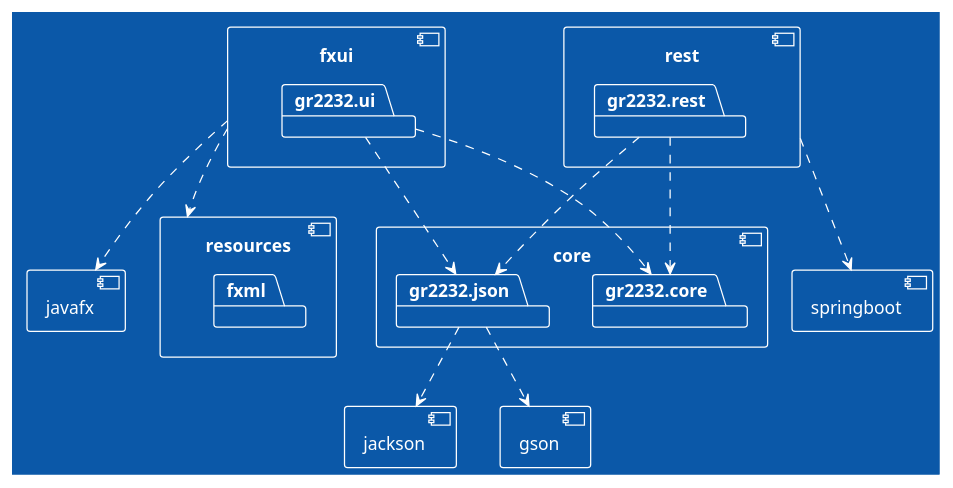
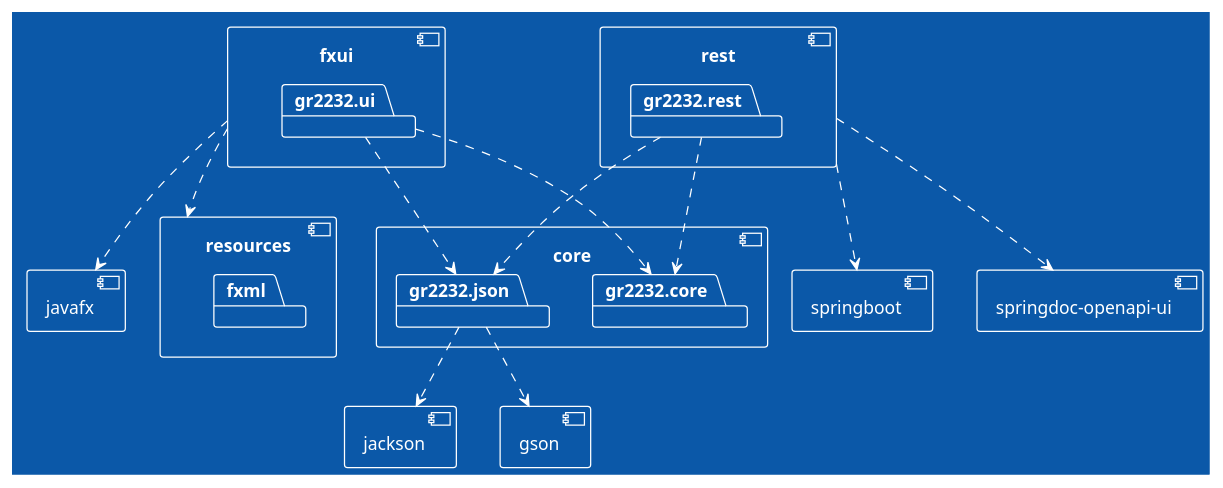
The diagram in gr2232/docs/release3/PackageDiagram.puml (YounesBB/Storage_Rental), drawn with PlantUML before and after one commit. The commit also changed 22 other files, not shown here.

```diff
--- a/gr2232/docs/release3/PackageDiagram.puml
+++ b/gr2232/docs/release3/PackageDiagram.puml
@@ -1,34 +1,35 @@
 @startuml
 !theme amiga
 Component fxui {
   package "gr2232.ui" 
 
 } 
 fxui ..> [javafx]
 fxui ..> resources
 
 Component core {
   package "gr2232.core"
   package "gr2232.json"
 
 }
 
 Component resources{
   package "fxml"
 }
 
 gr2232.json ..> [jackson]
 gr2232.json ..> [gson]
 
 Component rest {
   package "gr2232.rest" 
 } 
 
 rest ..> [springboot]
+rest ..> [springdoc-openapi-ui]
 gr2232.rest ..> gr2232.core
 gr2232.rest ..> gr2232.json
 
 
 gr2232.ui ..> gr2232.core
 gr2232.ui ..> gr2232.json
 @enduml
```
